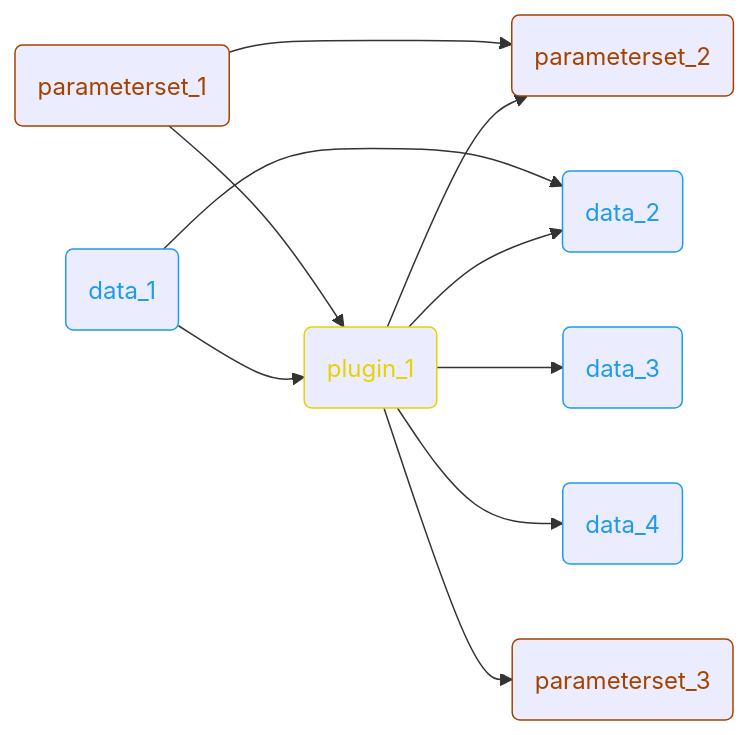
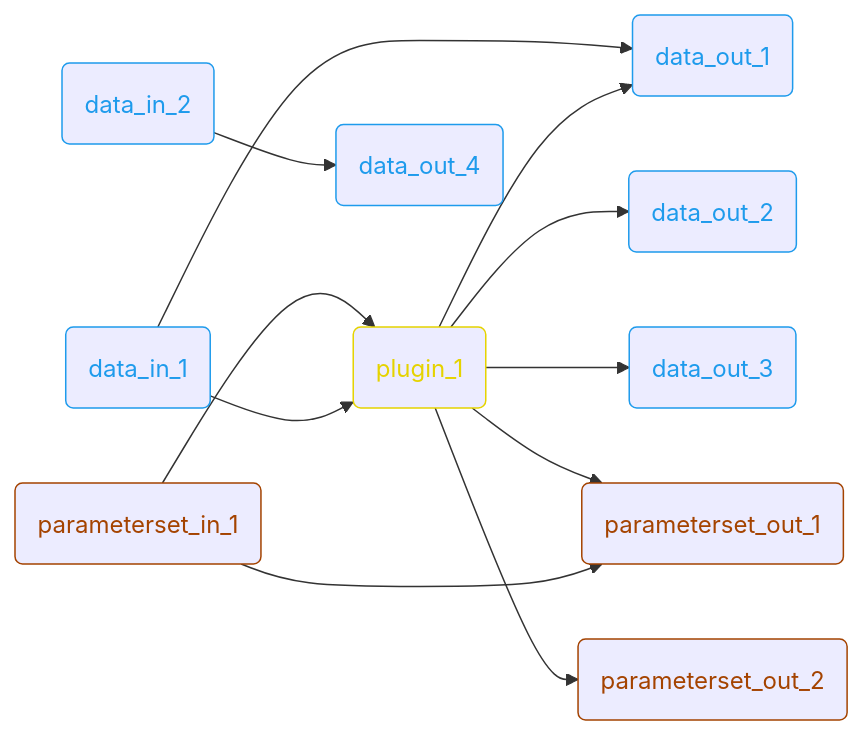
One commit to olympus-tools/ARES changed the first of 2 diagrams in examples/README.md. Above: the diagram before and after it, drawn with Mermaid. The commit also changed other lines of this file and 2 other files, not shown here.

Commit message:
AC: vstack pattern implementation in example 1 | renaming of data/parameter elemetns

````diff
--- a/examples/README.md
+++ b/examples/README.md
@@ -53,26 +53,21 @@
 ```mermaid
 flowchart LR
-    PARAM1(parameterset_1) --> PLUGIN1(plugin_1)
-    PARAM1 --> PARAM2(parameterset_2)
-    DATA1(data_1) --> PLUGIN1
-    DATA1 --> DATA2(data_2)
-    PLUGIN1 --> PARAM2
-    PLUGIN1 --> DATA2
-    PLUGIN1 --> DATA3(data_3)
-    PLUGIN1 --> DATA4(data_4)
-    PLUGIN1 --> PARAM3(parameterset_3)
+    parameterset_in_1(parameterset_in_1) --> plugin_1(plugin_1)
+    data_in_1(data_in_1) --> plugin_1
+    data_in_2(data_in_2) --> data_out_4(data_out_4)
+    data_in_1 --> data_out_1(data_out_1)
+    plugin_1 --> data_out_1
+    plugin_1 --> data_out_2(data_out_2)
+    plugin_1 --> data_out_3(data_out_3)
+    plugin_1 --> parameterset_out_1(parameterset_out_1)
+    plugin_1 --> parameterset_out_2(parameterset_out_2)
+    parameterset_in_1 --> parameterset_out_1
 
     classDef Parameters     color:#a44300, stroke:#a44300;
     classDef Data           color:#1e9bec, stroke:#1e9bec;
-    classDef SW_Unit        color:#d30000, stroke:#d30000;
     classDef Plugin         color:#e5d300, stroke:#e5d300;
 
-    class PARAM1 Parameters;
-    class PARAM2 Parameters;
-    class PARAM3 Parameters;
-    class DATA1 Data;
-    class DATA2 Data;
-    class DATA3 Data;
-    class DATA4 Data;
-    class PLUGIN1 Plugin;
+    class parameterset_in_1,parameterset_out_1,parameterset_out_2 Parameters;
+    class data_in_1,data_in_2,data_out_1,data_out_2,data_out_3,data_out_4 Data;
+    class plugin_1 Plugin;
 ```
````
